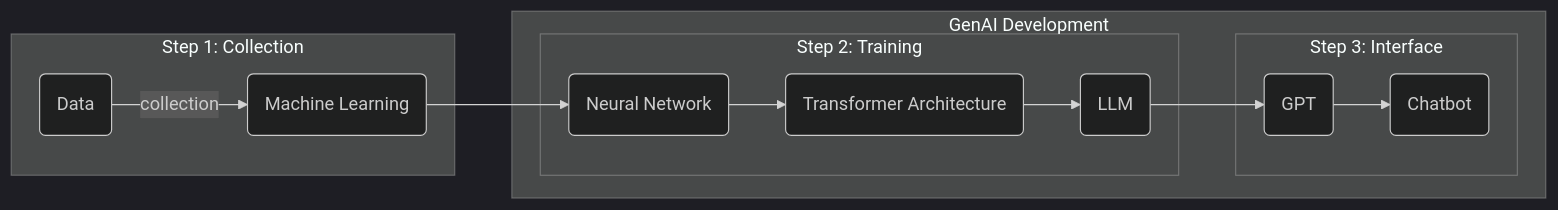
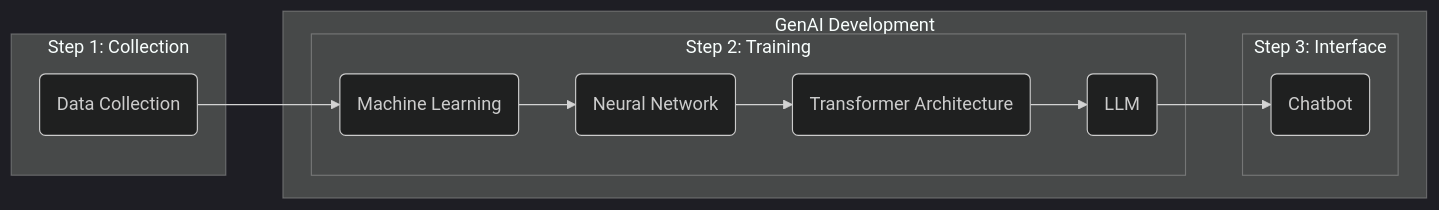
Before and after one commit to cul24002-ai/ai-copywriting-manual: the diagram in ai-copywriting-manual/docs/part1/overview.md, drawn with Mermaid (dark theme). The commit also changed other lines of this file, not shown here.

````diff
--- a/ai-copywriting-manual/docs/part1/overview.md
+++ b/ai-copywriting-manual/docs/part1/overview.md
@@ -66,20 +66,19 @@
 ```mermaid
 graph LR
     subgraph Step 1: Collection
-      A(Data) -- collection --> B(Machine Learning)
+      A(Data Collection)
     end
-
     
     subgraph AI["GenAI Development"]
+      A --> B(Machine Learning)
         subgraph Step 2: Training
             B --> C(Neural Network)
             C --> D(Transformer Architecture)
             D --> E(LLM)
         end
         
         subgraph Step 3: Interface
-            E --> F(GPT)
-            F --> G(Chatbot)
+            E --> F(Chatbot)
         end
     end
 ```
````
